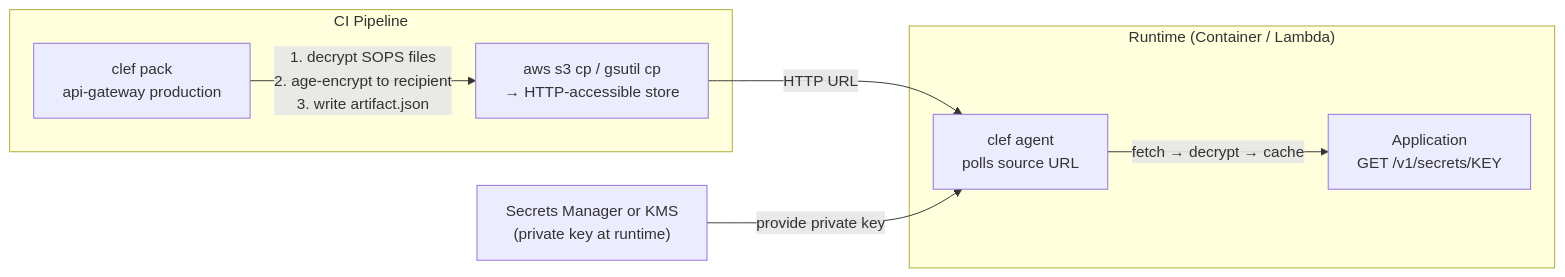
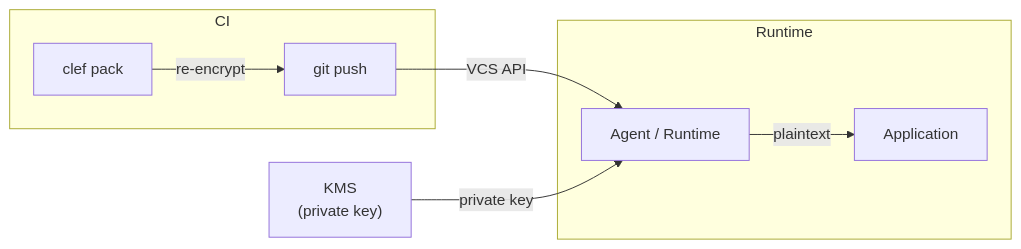
One commit to clef-sh/clef changed the diagram in docs/guide/service-identities.md. Above: the diagram before and after it, drawn with Mermaid. The commit also changed other lines of this file and 63 other files, not shown here.

Commit message:
feat(runtime): update runtime and agent

````diff
--- a/docs/guide/service-identities.md
+++ b/docs/guide/service-identities.md
@@ -20,17 +20,17 @@
 ```mermaid
 flowchart LR
-  subgraph ci["CI Pipeline"]
-    pack["clef pack\napi-gateway production"]
-    upload["aws s3 cp / gsutil cp\n→ HTTP-accessible store"]
+  subgraph ci["CI"]
+    pack["clef pack"]
+    commit["git push"]
   end
-  subgraph runtime["Runtime (Container / Lambda)"]
-    agent["clef agent\npolls source URL"]
-    app["Application\nGET /v1/secrets/KEY"]
+  subgraph runtime["Runtime"]
+    agent["Agent / Runtime"]
+    app["Application"]
   end
-  kms["Secrets Manager or KMS\n(private key at runtime)"]
+  kms["KMS\n(private key)"]
 
-  pack -->|"1. decrypt SOPS files\n2. age-encrypt to recipient\n3. write artifact.json"| upload
-  upload -->|"HTTP URL"| agent
-  agent -->|"fetch → decrypt → cache"| app
-  kms -->|"provide private key"| agent
+  pack -->|"re-encrypt"| commit
+  commit -->|"VCS API"| agent
+  agent -->|"plaintext"| app
+  kms -->|"private key"| agent
 ```
````
